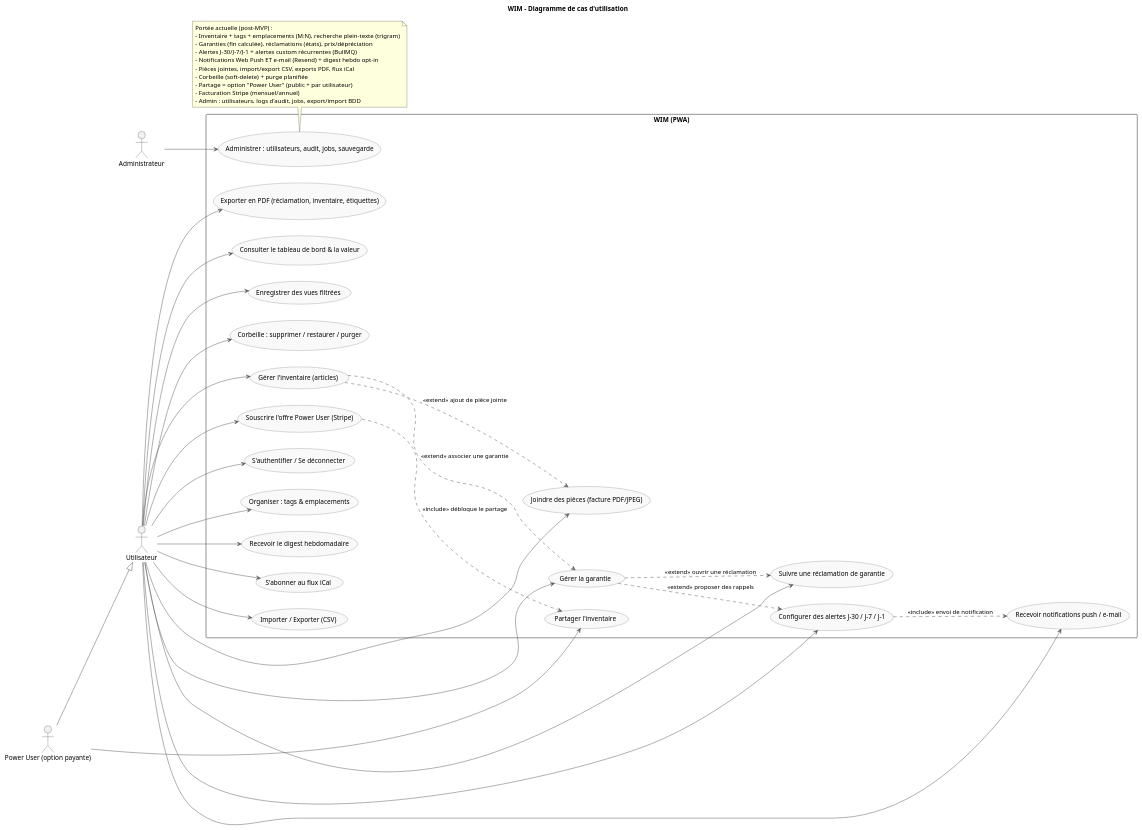
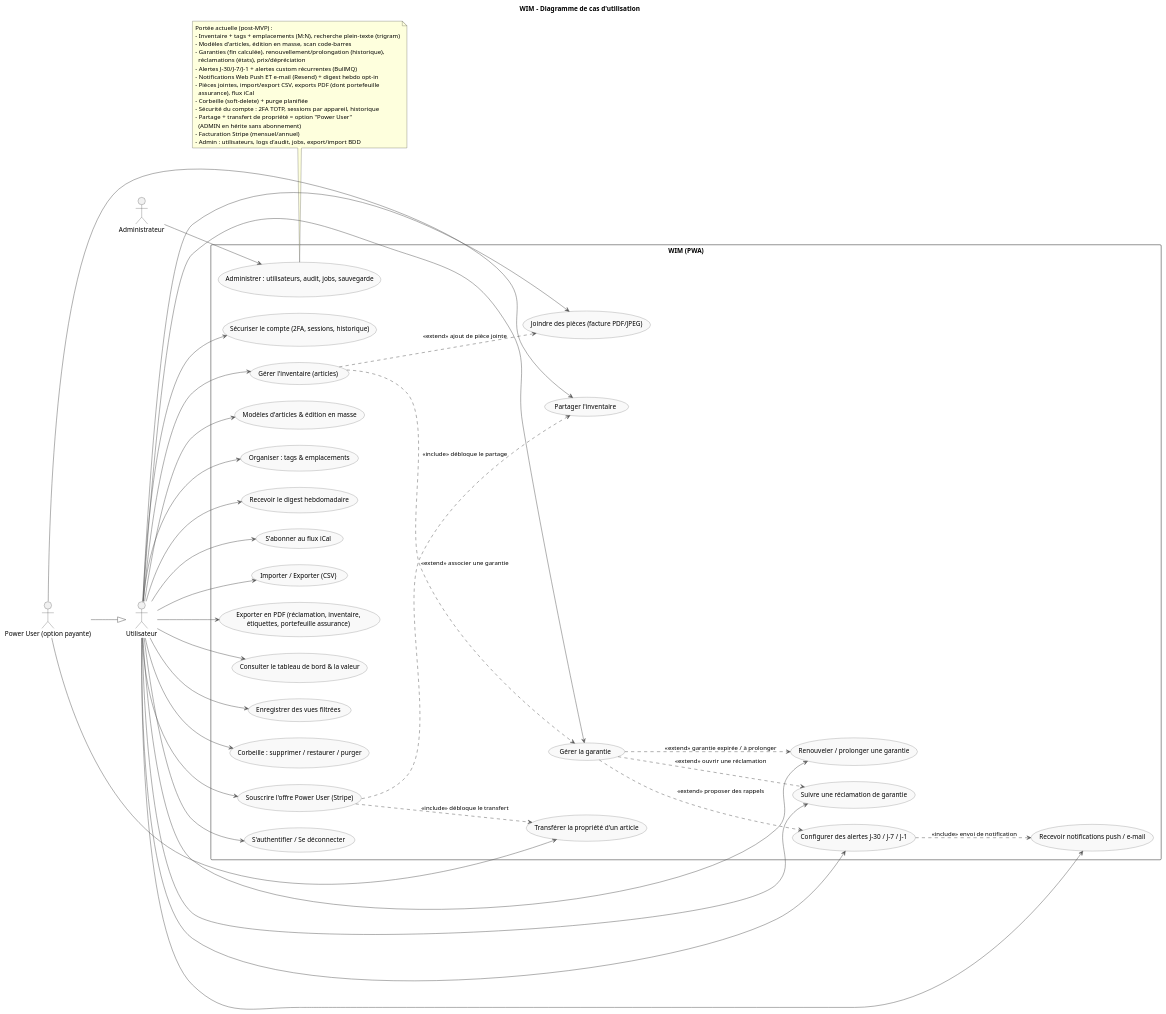
The diagram in docs/uml/01-use-cases.puml (SGCSBorges/WIM), drawn with PlantUML before and after one commit. The commit also changed 12 other files, not shown here.

First line of the commit message:
docs: realign UML diagrams and docs with the current schema and deployment

```diff
--- a/docs/uml/01-use-cases.puml
+++ b/docs/uml/01-use-cases.puml
@@ -1,78 +1,93 @@
 @startuml
 title WIM – Diagramme de cas d'utilisation
 
 left to right direction
 skinparam packageStyle rectangle
 skinparam usecase {
   BackgroundColor #f9f9f9
   BorderColor #555
   ArrowColor #555
 }
 
 actor "Utilisateur" as User
 actor "Power User (option payante)" as PowerUser
 actor "Administrateur" as Admin
 
 rectangle "WIM (PWA)" {
   usecase "S'authentifier / Se déconnecter" as UC_Auth
+  usecase "Sécuriser le compte (2FA, sessions, historique)" as UC_Security
   usecase "Gérer l'inventaire (articles)" as UC_Items
+  usecase "Modèles d'articles & édition en masse" as UC_Templates
   usecase "Organiser : tags & emplacements" as UC_Organize
   usecase "Joindre des pièces (facture PDF/JPEG)" as UC_Attach
   usecase "Gérer la garantie" as UC_Warranty
+  usecase "Renouveler / prolonger une garantie" as UC_Renew
   usecase "Suivre une réclamation de garantie" as UC_Claim
   usecase "Configurer des alertes J-30 / J-7 / J-1" as UC_Alerts
   usecase "Recevoir notifications push / e-mail" as UC_Notify
   usecase "Recevoir le digest hebdomadaire" as UC_Digest
   usecase "S'abonner au flux iCal" as UC_Ical
   usecase "Importer / Exporter (CSV)" as UC_ImportExport
-  usecase "Exporter en PDF (réclamation, inventaire, étiquettes)" as UC_Pdf
+  usecase "Exporter en PDF (réclamation, inventaire,\nétiquettes, portefeuille assurance)" as UC_Pdf
   usecase "Consulter le tableau de bord & la valeur" as UC_Stats
   usecase "Enregistrer des vues filtrées" as UC_Views
   usecase "Corbeille : supprimer / restaurer / purger" as UC_Trash
   usecase "Partager l'inventaire" as UC_Sharing
+  usecase "Transférer la propriété d'un article" as UC_Transfer
   usecase "Souscrire l'offre Power User (Stripe)" as UC_Billing
   usecase "Administrer : utilisateurs, audit, jobs, sauvegarde" as UC_Admin
 }
 
 User --> UC_Auth
+User --> UC_Security
 User --> UC_Items
+User --> UC_Templates
 User --> UC_Organize
 User --> UC_Attach
 User --> UC_Warranty
+User --> UC_Renew
 User --> UC_Claim
 User --> UC_Alerts
 User --> UC_Notify
 User --> UC_Digest
 User --> UC_Ical
 User --> UC_ImportExport
 User --> UC_Pdf
 User --> UC_Stats
 User --> UC_Views
 User --> UC_Trash
 User --> UC_Billing
 
 PowerUser --|> User
 PowerUser --> UC_Sharing
+PowerUser --> UC_Transfer
 
 Admin --> UC_Admin
 
 UC_Items ..> UC_Attach : <<extend>> ajout de pièce jointe
 UC_Items ..> UC_Warranty : <<extend>> associer une garantie
+UC_Warranty ..> UC_Renew : <<extend>> garantie expirée / à prolonger
 UC_Warranty ..> UC_Alerts : <<extend>> proposer des rappels
 UC_Warranty ..> UC_Claim : <<extend>> ouvrir une réclamation
 UC_Alerts ..> UC_Notify : <<include>> envoi de notification
 UC_Billing ..> UC_Sharing : <<include>> débloque le partage
+UC_Billing ..> UC_Transfer : <<include>> débloque le transfert
 
 note bottom
 Portée actuelle (post-MVP) :
 - Inventaire + tags + emplacements (M:N), recherche plein-texte (trigram)
-- Garanties (fin calculée), réclamations (états), prix/dépréciation
+- Modèles d'articles, édition en masse, scan code-barres
+- Garanties (fin calculée), renouvellement/prolongation (historique),
+  réclamations (états), prix/dépréciation
 - Alertes J-30/J-7/J-1 + alertes custom récurrentes (BullMQ)
 - Notifications Web Push ET e-mail (Resend) + digest hebdo opt-in
-- Pièces jointes, import/export CSV, exports PDF, flux iCal
+- Pièces jointes, import/export CSV, exports PDF (dont portefeuille
+  assurance), flux iCal
 - Corbeille (soft-delete) + purge planifiée
-- Partage = option "Power User" (public + par utilisateur)
+- Sécurité du compte : 2FA TOTP, sessions par appareil, historique
+- Partage + transfert de propriété = option "Power User"
+  (ADMIN en hérite sans abonnement)
 - Facturation Stripe (mensuel/annuel)
 - Admin : utilisateurs, logs d'audit, jobs, export/import BDD
 end note
 @enduml
```
